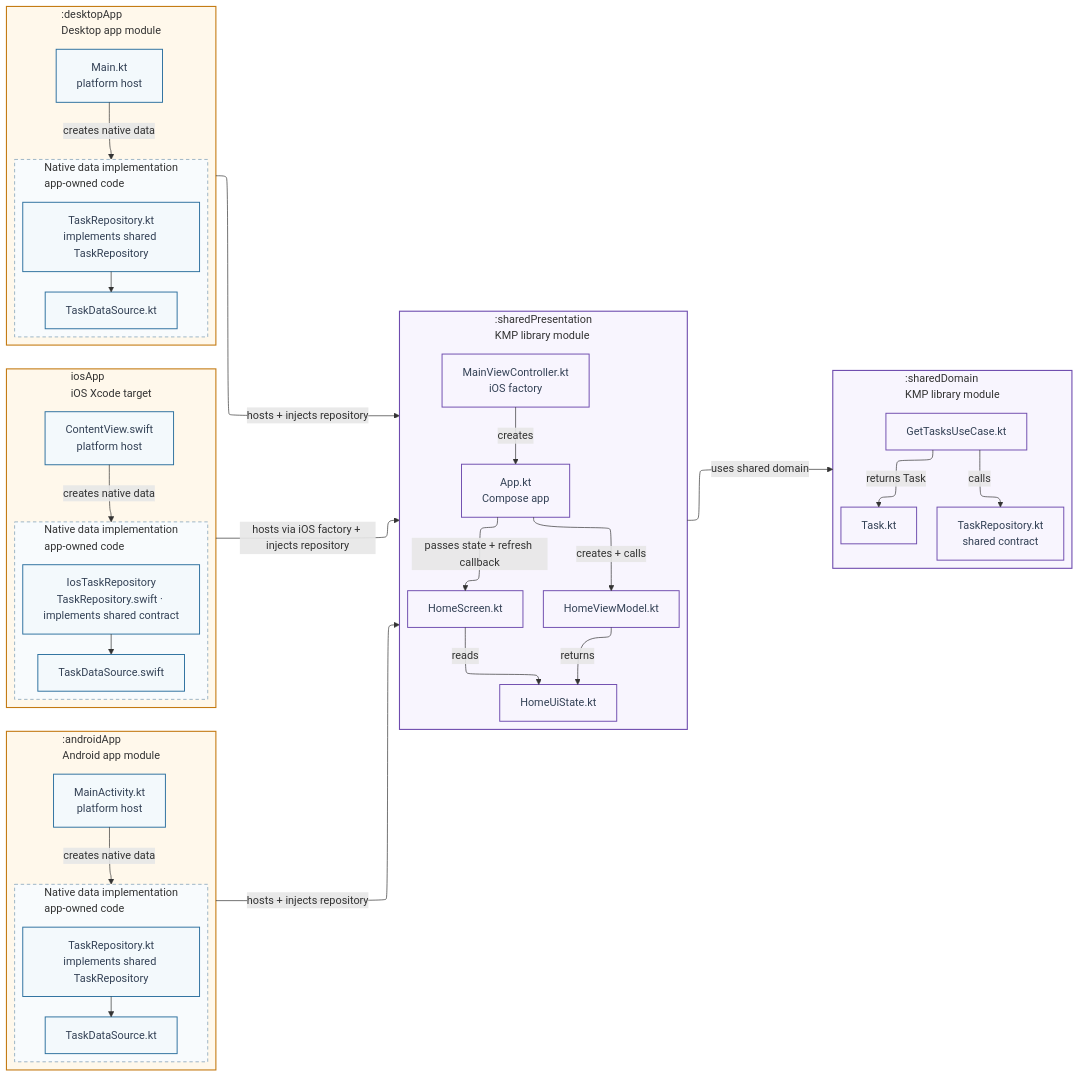
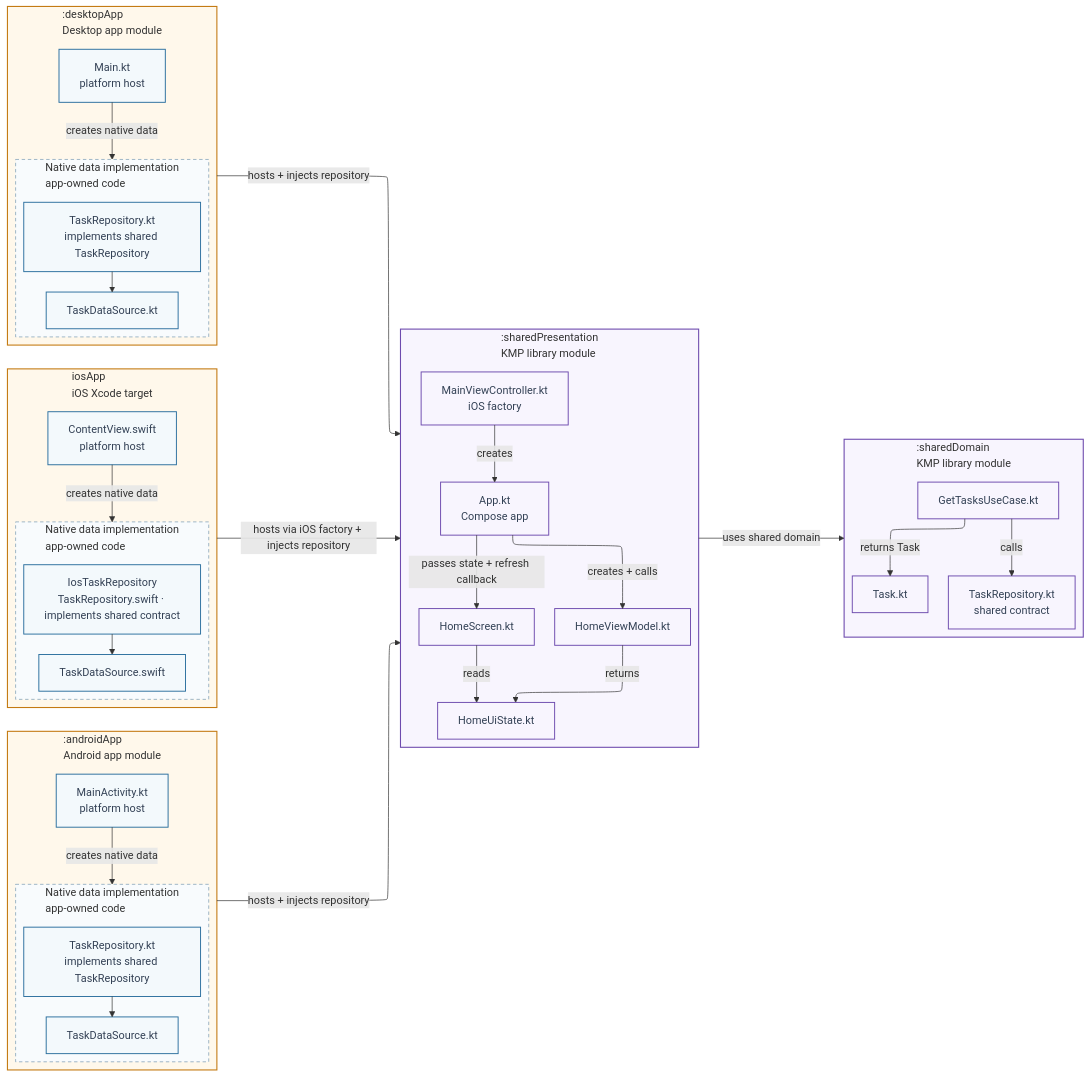
Before and after one commit to TheSetox/kmp-sample-diagrams: the diagram in diagrams/19-three-layer-kmp-domain-presentation.md, drawn with Mermaid. The commit also changed 48 other files, not shown here.

Commit message:
Straighten Mermaid dependency flows

```diff
--- a/diagrams/19-three-layer-kmp-domain-presentation.md
+++ b/diagrams/19-three-layer-kmp-domain-presentation.md
@@ -7,7 +7,7 @@
 config:
   layout: elk
   elk:
-    nodePlacementStrategy: LINEAR_SEGMENTS
+    nodePlacementStrategy: BRANDES_KOEPF
 ---
 flowchart LR
   subgraph Android[":androidApp\nAndroid app module"]
```
